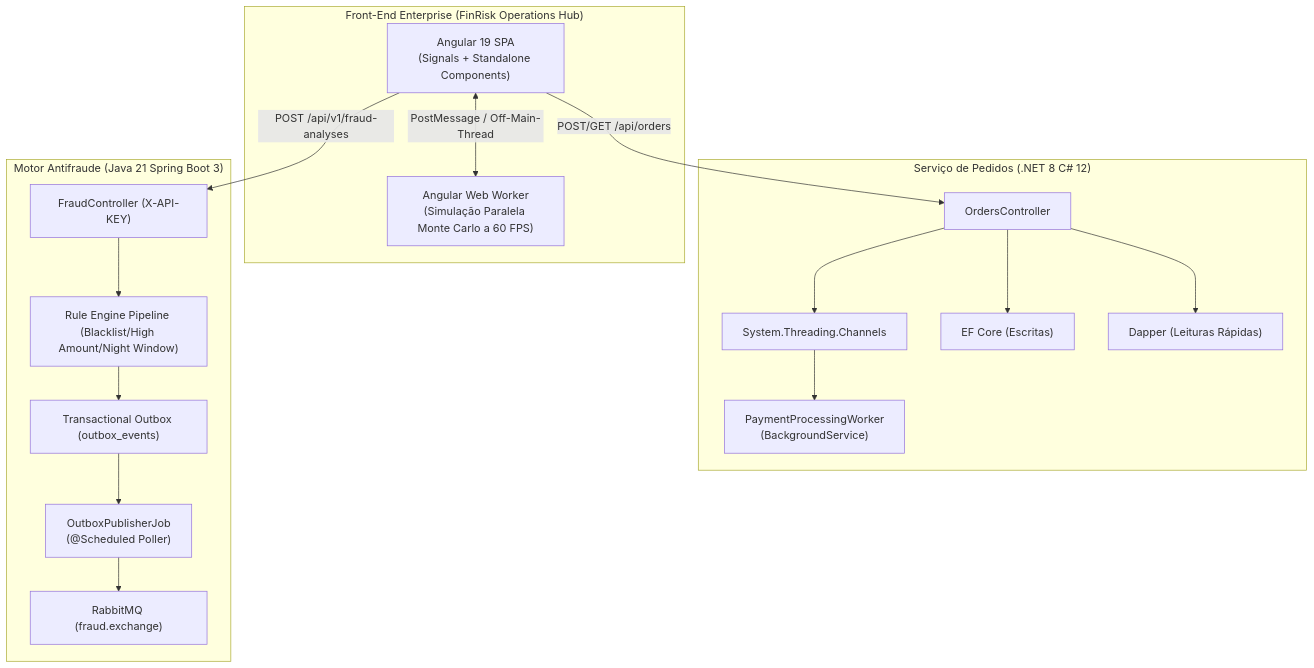
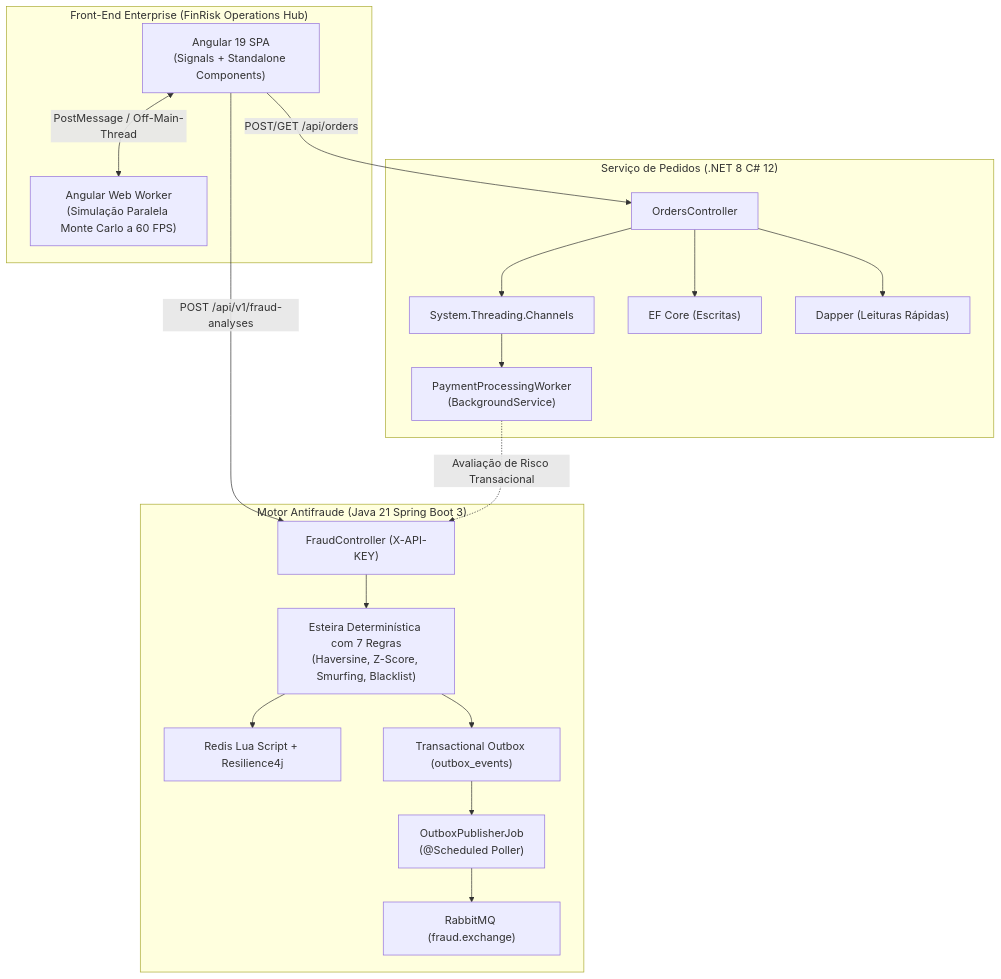
One commit to FelipeGardenghiDev/finrisk-operations-hub changed the diagram in README.md. Above: the diagram before and after it, drawn with Mermaid. The commit also changed 4 other files, not shown here.

Commit message:
feat(integration): align with Java 21 7-rule engine, add unit tests and update architecture

````diff
--- a/README.md
+++ b/README.md
@@ -18,34 +18,36 @@
 ```mermaid
 flowchart TD
     subgraph UI["Front-End Enterprise (FinRisk Operations Hub)"]
         A["Angular 19 SPA<br/>(Signals + Standalone Components)"]
         W["Angular Web Worker<br/>(Simulação Paralela Monte Carlo a 60 FPS)"]
     end
 
     subgraph NetService["Serviço de Pedidos (.NET 8 C# 12)"]
         CTRL["OrdersController"]
         BUS["System.Threading.Channels"]
         WORKER1["PaymentProcessingWorker<br/>(BackgroundService)"]
         EF["EF Core (Escritas)"]
         DAPPER["Dapper (Leituras Rápidas)"]
     end
 
     subgraph JavaService["Motor Antifraude (Java 21 Spring Boot 3)"]
         REST["FraudController (X-API-KEY)"]
-        RULE["Rule Engine Pipeline (Blacklist/High Amount/Night Window)"]
+        RULE["Esteira Determinística com 7 Regras<br/>(Haversine, Z-Score, Smurfing, Blacklist)"]
+        CACHE["Redis Lua Script + Resilience4j"]
         OUTBOX["Transactional Outbox (outbox_events)"]
         WORKER2["OutboxPublisherJob<br/>(@Scheduled Poller)"]
         RMQ["RabbitMQ (fraud.exchange)"]
     end
 
     A -->|POST/GET /api/orders| CTRL
     CTRL --> BUS --> WORKER1
     CTRL --> EF
     CTRL --> DAPPER
 
     A -->|POST /api/v1/fraud-analyses| REST
-    REST --> RULE
+    WORKER1 -.->|Avaliação de Risco Transacional| REST
+    REST --> RULE --> CACHE
     RULE --> OUTBOX --> WORKER2 --> RMQ
 
     A <-->|PostMessage / Off-Main-Thread| W
 ```
````
